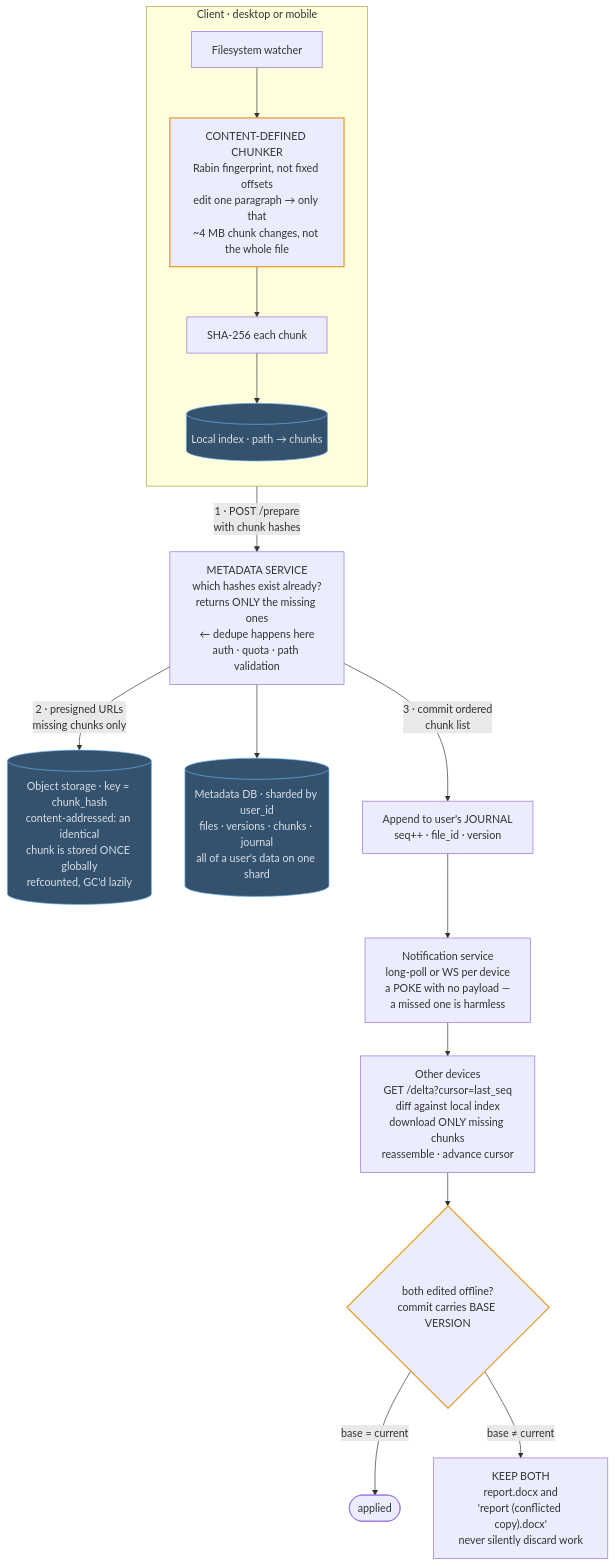
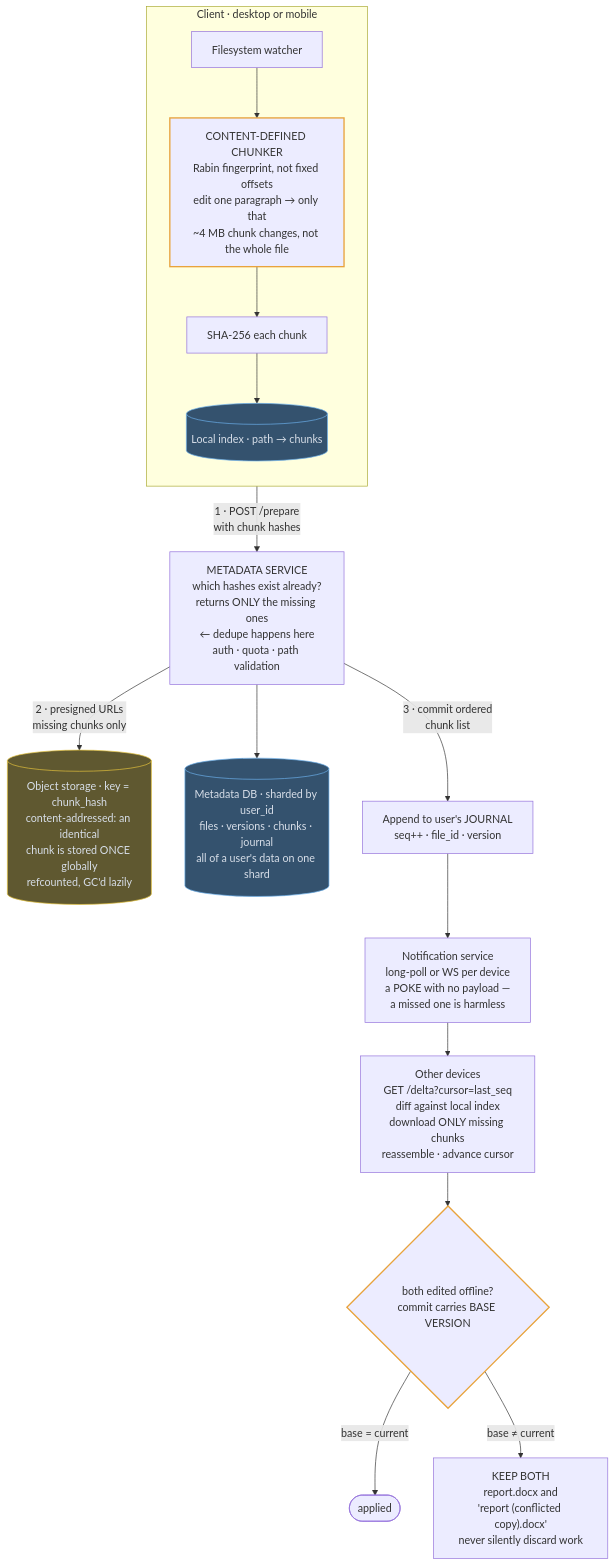
Before and after one commit to mertkahyaoglu/atlas: the diagram in content/designs/12-dropbox-file-sync.md, drawn with Mermaid. The commit also changed 16 other files, not shown here.

First line of the commit message:
Split store into db/cache/blob; color gateway and load-balancer nodes

````diff
--- a/content/designs/12-dropbox-file-sync.md
+++ b/content/designs/12-dropbox-file-sync.md
@@ -123,30 +123,32 @@
 ```mermaid
 flowchart TB
     subgraph CLIENT ["Client · desktop or mobile"]
         direction TB
         Watcher[Filesystem watcher]
         Chunker["CONTENT-DEFINED CHUNKER<br/>Rabin fingerprint, not fixed offsets<br/>edit one paragraph → only that<br/>~4 MB chunk changes, not the whole file"]
         Hasher["SHA-256 each chunk"]
         LocalIdx[("Local index · path → chunks")]
         Watcher --> Chunker --> Hasher --> LocalIdx
     end
 
     Hasher -- "1 · POST /prepare<br/>with chunk hashes" --> Meta
     Meta["METADATA SERVICE<br/>which hashes exist already?<br/>returns ONLY the missing ones<br/>← dedupe happens here<br/>auth · quota · path validation"]
     Meta -- "2 · presigned URLs<br/>missing chunks only" --> Blob[("Object storage · key = chunk_hash<br/>content-addressed: an identical<br/>chunk is stored ONCE globally<br/>refcounted, GC'd lazily")]
     Meta --> MetaDB[("Metadata DB · sharded by user_id<br/>files · versions · chunks · journal<br/>all of a user's data on one shard")]
     Meta -- "3 · commit ordered<br/>chunk list" --> Journal["Append to user's JOURNAL<br/>seq++ · file_id · version"]
 
     Journal --> Notify["Notification service<br/>long-poll or WS per device<br/>a POKE with no payload —<br/>a missed one is harmless"]
     Notify --> Devices["Other devices<br/>GET /delta?cursor=last_seq<br/>diff against local index<br/>download ONLY missing chunks<br/>reassemble · advance cursor"]
     Devices --> Conflict{"both edited offline?<br/>commit carries BASE VERSION"}
     Conflict -- "base = current" --> Applied([applied])
     Conflict -- "base ≠ current" --> Keep["KEEP BOTH<br/>report.docx and<br/>'report (conflicted copy).docx'<br/>never silently discard work"]
 
-    classDef store fill:#34526e,stroke:#6cb2ee,color:#d7dee8
+    classDef db fill:#34526e,stroke:#6cb2ee,color:#d7dee8
+    classDef blob fill:#5f5830,stroke:#e6c43c,color:#d7dee8
     classDef hot stroke:#e8a33d,stroke-width:2px
-    class Blob,MetaDB,LocalIdx store
+    class MetaDB,LocalIdx db
+    class Blob blob
     class Chunker,Conflict hot
 
     click Blob href "/docs/09-specialized-building-blocks" "Role: stores each unique chunk once, shared across all users.<br/>Trade-off: dedupe saves storage, but deletes need refcounts and lazy garbage collection."
 ```
````
